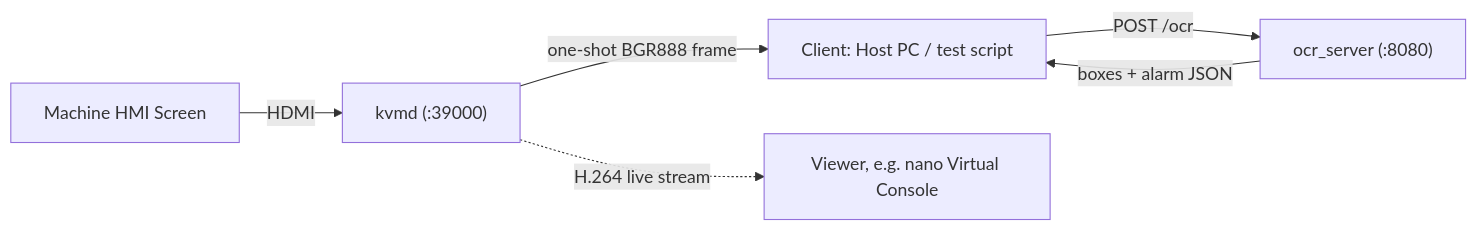
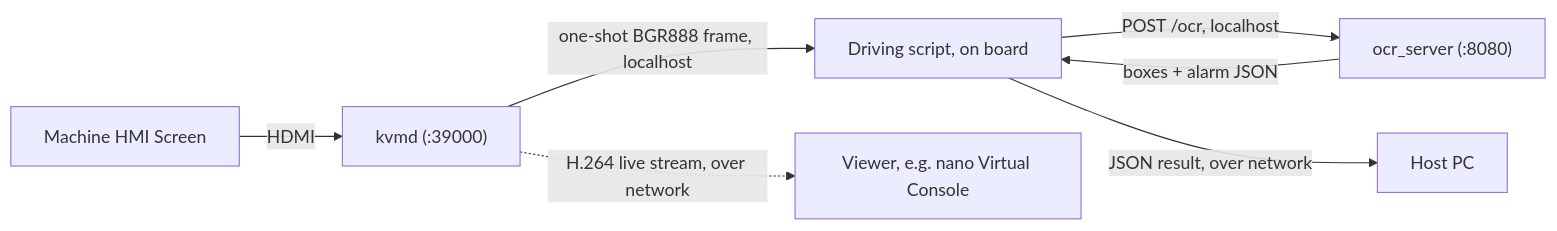
One commit to damiangohrh123/TPSLibPPOcr changed the diagram in README.md. Above: the diagram before and after it, drawn with Mermaid. The commit also changed other lines of this file, not shown here.

````diff
--- a/README.md
+++ b/README.md
@@ -23,8 +23,9 @@
 ```mermaid
 flowchart LR
     M[Machine HMI Screen] -- HDMI --> K["kvmd  (:39000)"]
-    K -- "one-shot BGR888 frame" --> C[Client: Host PC / test script]
-    C -- "POST /ocr" --> O["ocr_server  (:8080)"]
-    O -- "boxes + alarm JSON" --> C
-    K -. "H.264 live stream" .-> V[Viewer, e.g. nano Virtual Console]
+    K -- "one-shot BGR888 frame, localhost" --> D[Driving script, on board]
+    D -- "POST /ocr, localhost" --> O["ocr_server  (:8080)"]
+    O -- "boxes + alarm JSON" --> D
+    D -- "JSON result, over network" --> H[Host PC]
+    K -. "H.264 live stream, over network" .-> V[Viewer, e.g. nano Virtual Console]
 ```
````
